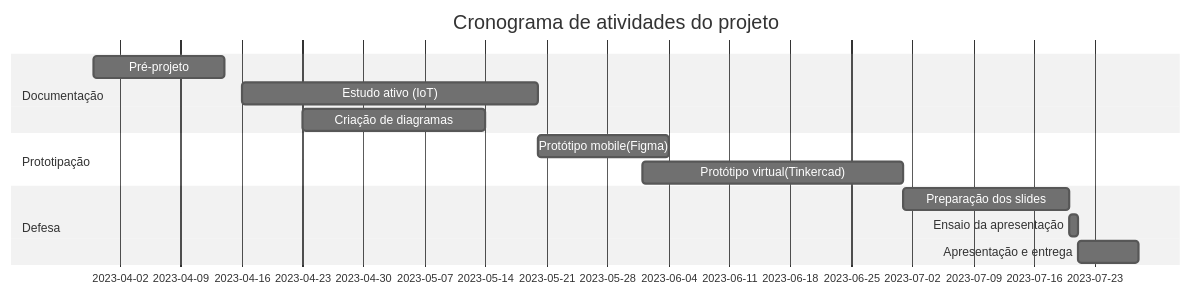
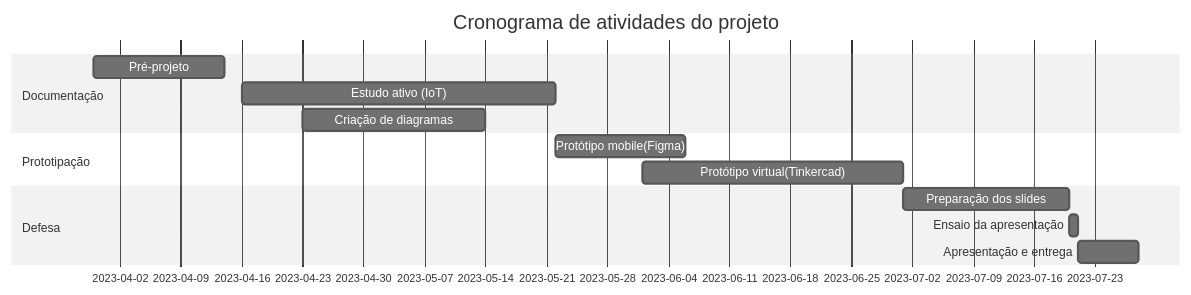
The diagram in README.md (AgathaSena/Projeto-Integrador-II), drawn with Mermaid (neutral theme) before and after one commit.

Commit message:
fix:estudo ativo

````diff
--- a/README.md
+++ b/README.md
@@ -6,16 +6,16 @@
  ```mermaid
     gantt
     title Cronograma de atividades do projeto
     dateFormat  YYYY-MM-DD
     section Documentação
     Pré-projeto     :a1,  2023-03-30, 15d
-    Estudo ativo (IoT)   :a2, 2023-04-16, 34d
+    Estudo ativo (IoT)   :a2, 2023-04-16, 36d
     Criação de diagramas     :c3,  2023-04-23, 21d
     section Prototipação
     Protótipo mobile(Figma)      :c1, after a2, 15d
     Protótipo virtual(Tinkercad)      :c2,    2023-06-01, 30d
     section Defesa
     Preparação dos slides :p1, after c2, 19d
     Ensaio da apresentação :p2, after p1, 01d
     Apresentação e entrega  :p3, after p2, 07d
 ``` 
````
